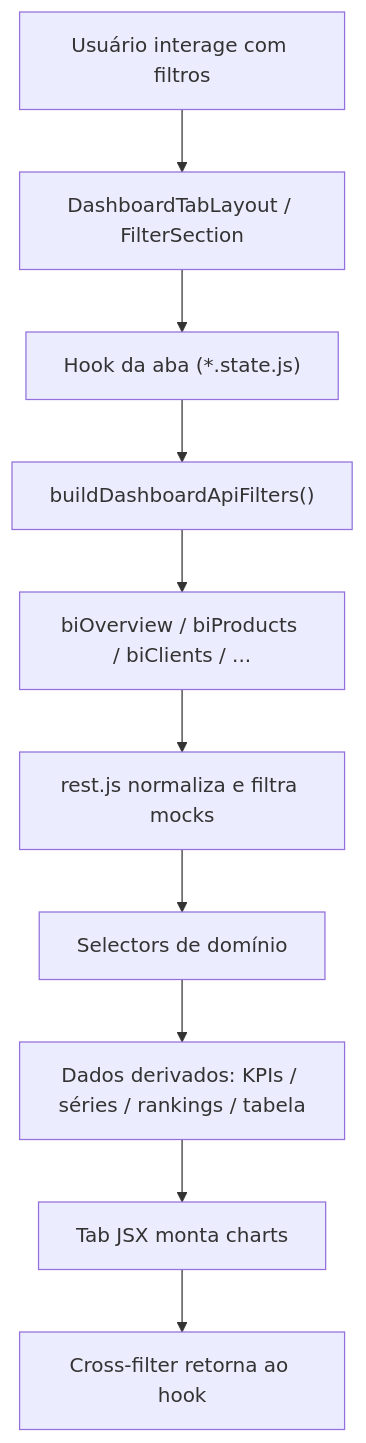
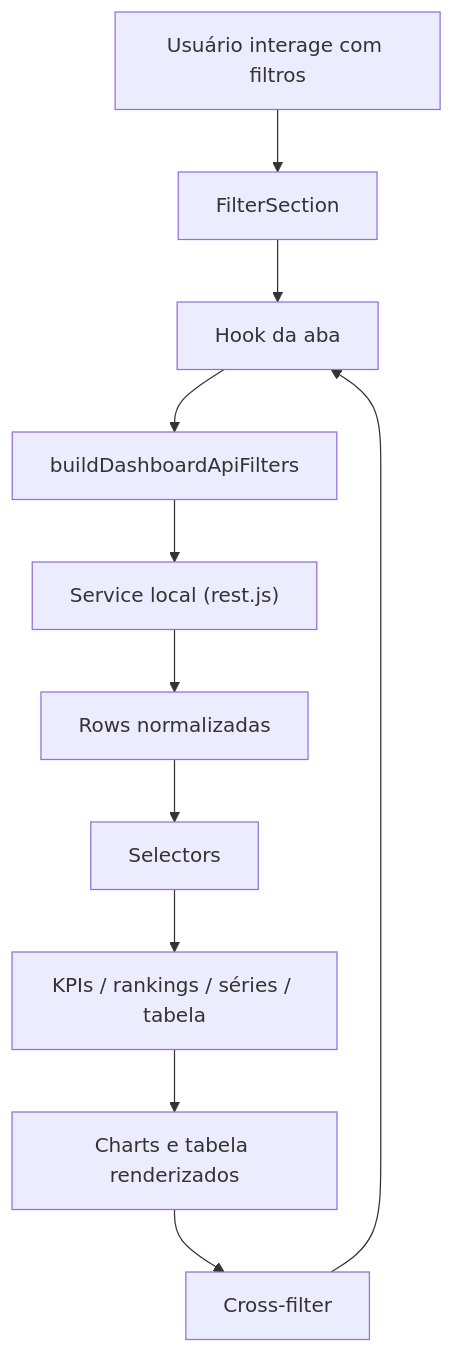
Before and after one commit to andrepimentelsantos01/dashboard-ia-bi-demo: the second of 3 diagrams in README.md, drawn with Mermaid. The commit also changed other lines of this file and 31 other files, not shown here.

Commit message:
[FEAT] add heatmap, stacked bar, scatter aggregate bar, Brazil map morph, ABC/XYZ analyses, and optimize ChartMapMorph performance.

````diff
--- a/README.md
+++ b/README.md
@@ -105,12 +121,13 @@
 ```mermaid
 flowchart TD
-    A["Usuário interage com filtros"] --> B["DashboardTabLayout / FilterSection"]
-    B --> C["Hook da aba (*.state.js)"]
-    C --> D["buildDashboardApiFilters()"]
-    D --> E["biOverview / biProducts / biClients / ..."]
-    E --> F["rest.js normaliza e filtra mocks"]
-    F --> G["Selectors de domínio"]
-    G --> H["Dados derivados: KPIs / séries / rankings / tabela"]
-    H --> I["Tab JSX monta charts"]
-    I --> J["Cross-filter retorna ao hook"]
+    A["Usuário interage com filtros"] --> B["FilterSection"]
+    B --> C["Hook da aba"]
+    C --> D["buildDashboardApiFilters"]
+    D --> E["Service local (rest.js)"]
+    E --> F["Rows normalizadas"]
+    F --> G["Selectors"]
+    G --> H["KPIs / rankings / séries / tabela"]
+    H --> I["Charts e tabela renderizados"]
+    I --> J["Cross-filter"]
+    J --> C
 ```
````
